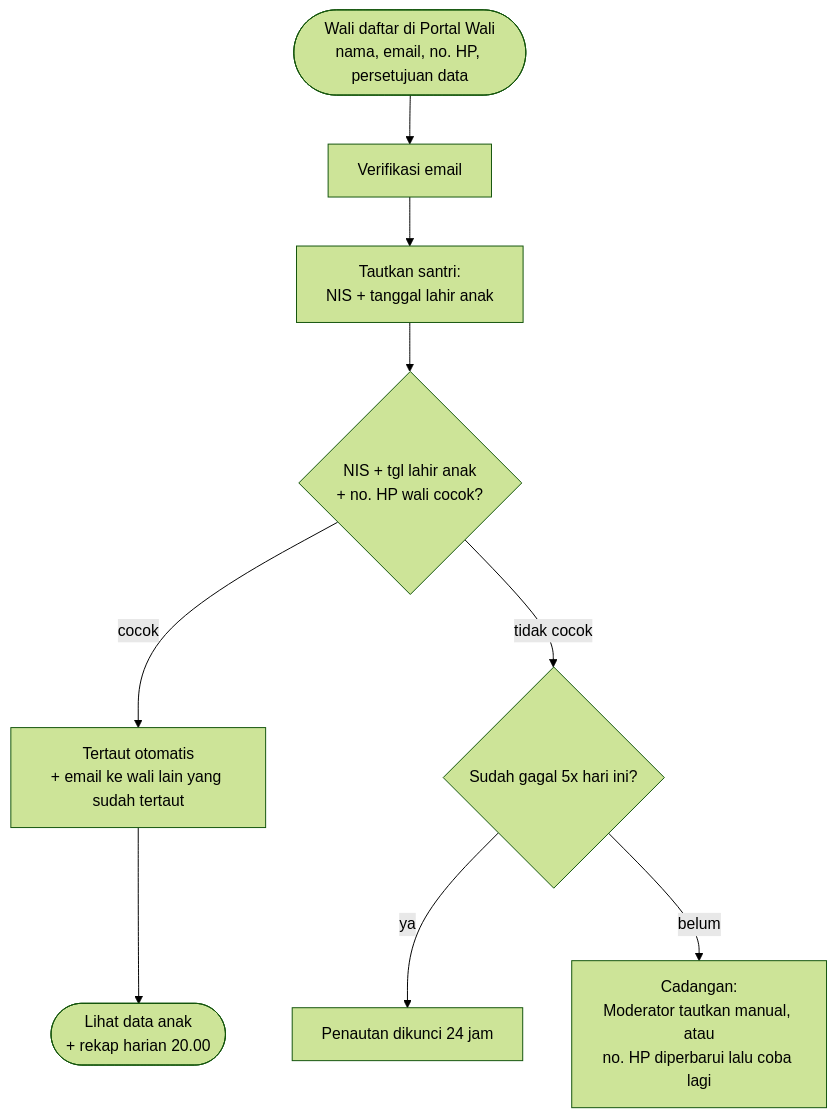
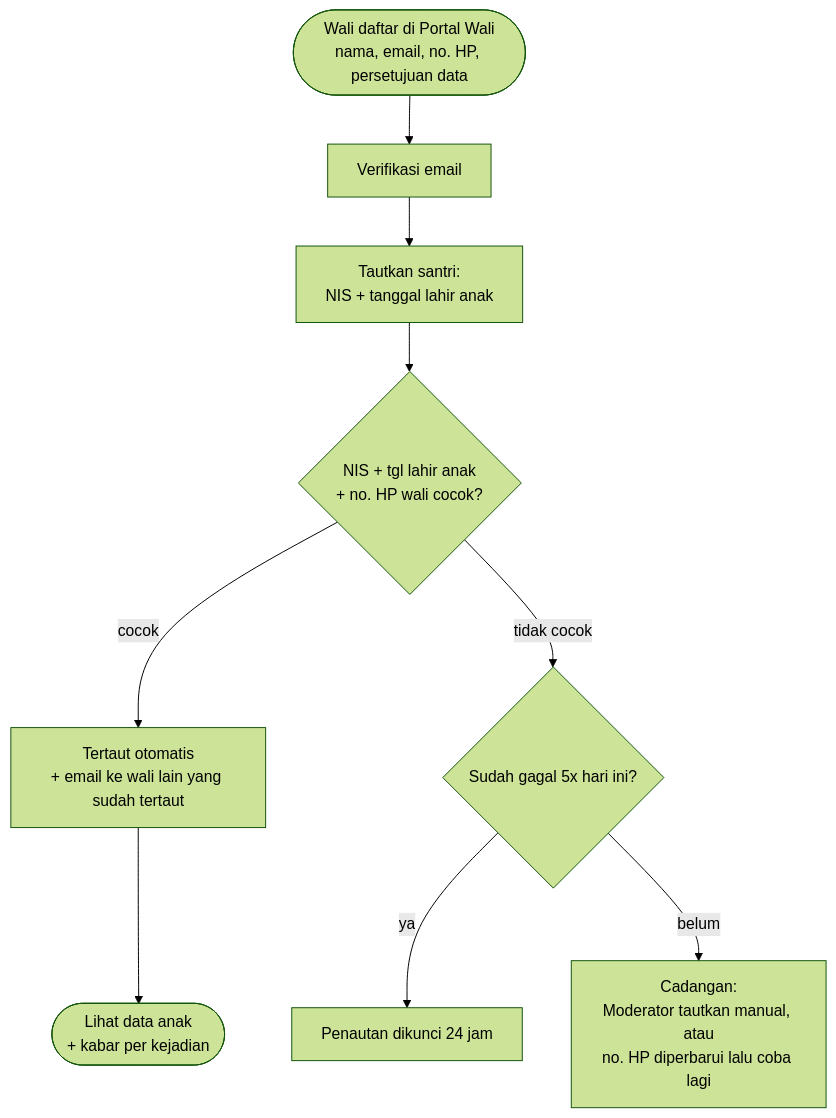
Before and after one commit to SiJao/ProjectJao: the sixth of 6 diagrams in README.md, drawn with Mermaid (forest theme). The commit also changed other lines of this file, not shown here.

First line of the commit message:
README: Manajemen Akses (hanya Moderator) dan info ke wali per kejadian

````diff
--- a/README.md
+++ b/README.md
@@ -687,11 +690,11 @@
 ```mermaid
 flowchart TD
     A(["Wali daftar di Portal Wali<br/>nama, email, no. HP, persetujuan data"]) --> B["Verifikasi email"]
     B --> C["Tautkan santri:<br/>NIS + tanggal lahir anak"]
     C --> D{"NIS + tgl lahir anak<br/>+ no. HP wali cocok?"}
     D -- "cocok" --> E["Tertaut otomatis<br/>+ email ke wali lain yang sudah tertaut"]
     D -- "tidak cocok" --> F{"Sudah gagal 5x hari ini?"}
     F -- "ya" --> G["Penautan dikunci 24 jam"]
     F -- "belum" --> H["Cadangan:<br/>Moderator tautkan manual, atau<br/>no. HP diperbarui lalu coba lagi"]
-    E --> I(["Lihat data anak<br/>+ rekap harian 20.00"])
+    E --> I(["Lihat data anak<br/>+ kabar per kejadian"])
 ```
````
